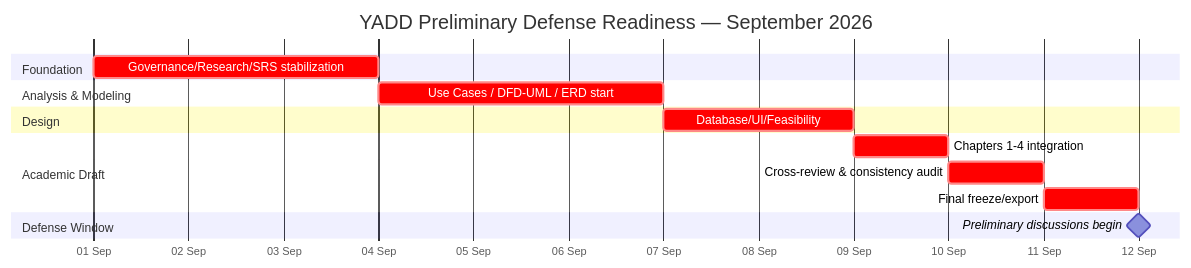
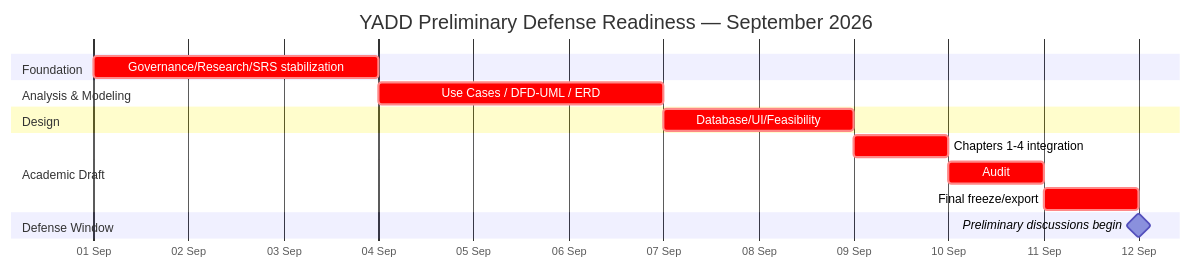
Before and after one commit to Yadd-SanaaUniversityGraduationProject/yadd: the diagram in docs/01-pm/05-work-plan.md, drawn with Mermaid. The commit also changed other lines of this file, not shown here.

````diff
--- a/docs/01-pm/05-work-plan.md
+++ b/docs/01-pm/05-work-plan.md
@@ -192,18 +189,18 @@
 ```mermaid
 gantt
     title YADD Preliminary Defense Readiness — September 2026
     dateFormat  YYYY-MM-DD
     axisFormat  %d %b
     section Foundation
     Governance/Research/SRS stabilization :crit, p1, 2026-09-01, 3d
     section Analysis & Modeling
-    Use Cases / DFD-UML / ERD start       :crit, p2, 2026-09-04, 3d
+    Use Cases / DFD-UML / ERD             :crit, p2, 2026-09-04, 3d
     section Design
     Database/UI/Feasibility               :crit, p3, 2026-09-07, 2d
     section Academic Draft
     Chapters 1-4 integration              :crit, p4, 2026-09-09, 1d
-    Cross-review & consistency audit      :crit, p5, 2026-09-10, 1d
+    Audit                                 :crit, p5, 2026-09-10, 1d
     Final freeze/export                   :crit, p6, 2026-09-11, 1d
     section Defense Window
     Preliminary discussions begin         :milestone, d1, 2026-09-12, 0d
 ```
````
